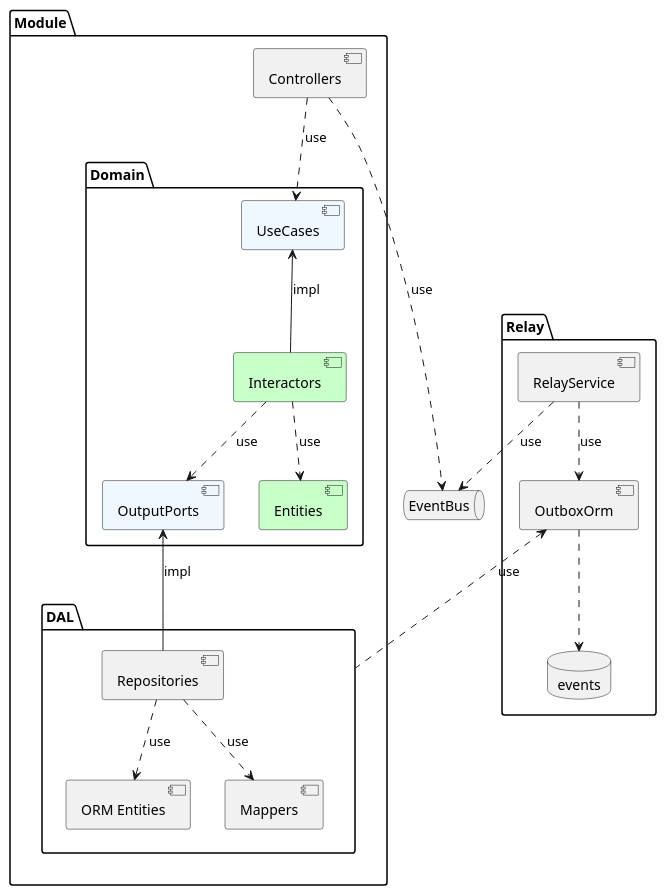
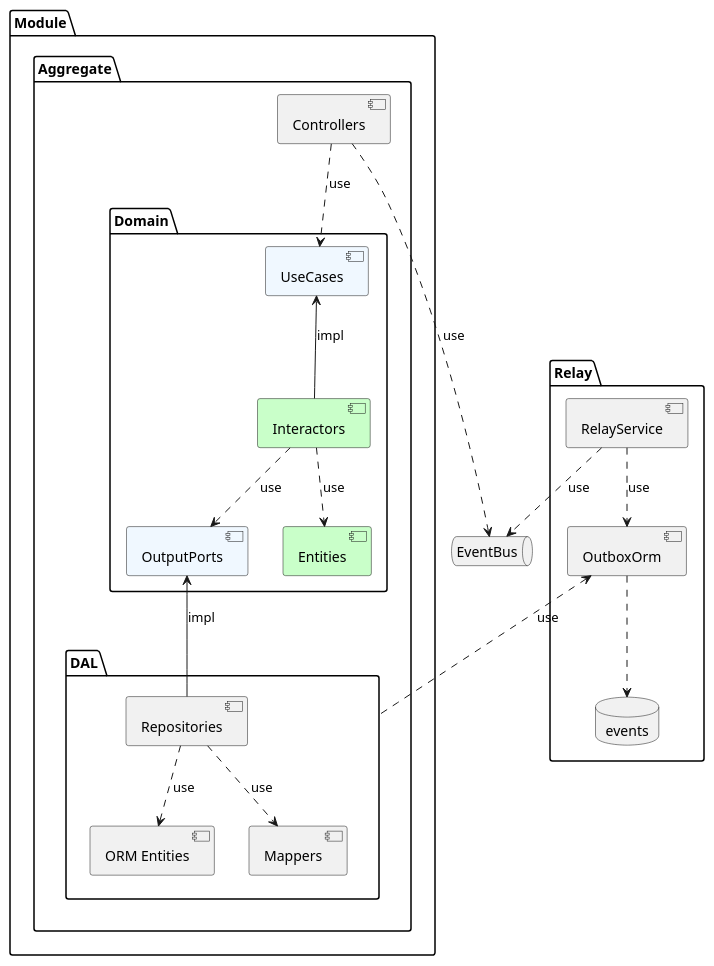
One commit to zhuravlevma/typescript-ddd-architecture changed the diagram in diagram.iuml. Above: the diagram before and after it, drawn with PlantUML. The commit also changed 45 other files, not shown here.

```diff
--- a/diagram.iuml
+++ b/diagram.iuml
@@ -1,41 +1,43 @@
 @startuml
 
 package "Module" {
 
 
-package "Domain" {
+package Aggregate {
+ package "Domain" {
  component [UseCases] #AliceBlue
  component [Entities] #TECHNOLOGY
  component [OutputPorts] #AliceBlue
  component [Interactors] #TECHNOLOGY
 
  [Interactors] -up-> [UseCases] : impl
  [Interactors] .down.> [Entities] : use
  [Interactors] .down.> [OutputPorts] : use
 }
 
 [Controllers] ..> [UseCases] : use
 
 package "DAL" {
 [Repositories] -up-> [OutputPorts] : impl
 [Repositories] .down.> [ORM Entities] : use
 [Repositories] .down.> [Mappers] : use
+}
 }
 }
 
 queue EventBus
 
 package "Relay" {
  [RelayService] ..> [OutboxOrm] : use
  [RelayService] ..> [EventBus] : use
  [Controllers] ..> [EventBus] : use
  [OutboxOrm] <.. [DAL] : use
 
  database events
 
  [OutboxOrm] ..> [events]
 
 }
 
 
 @enduml
```
